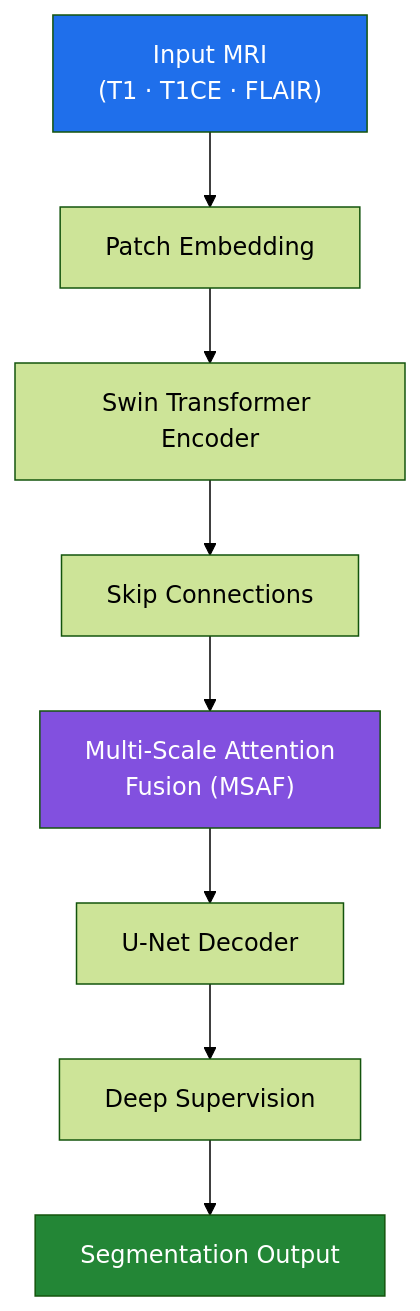
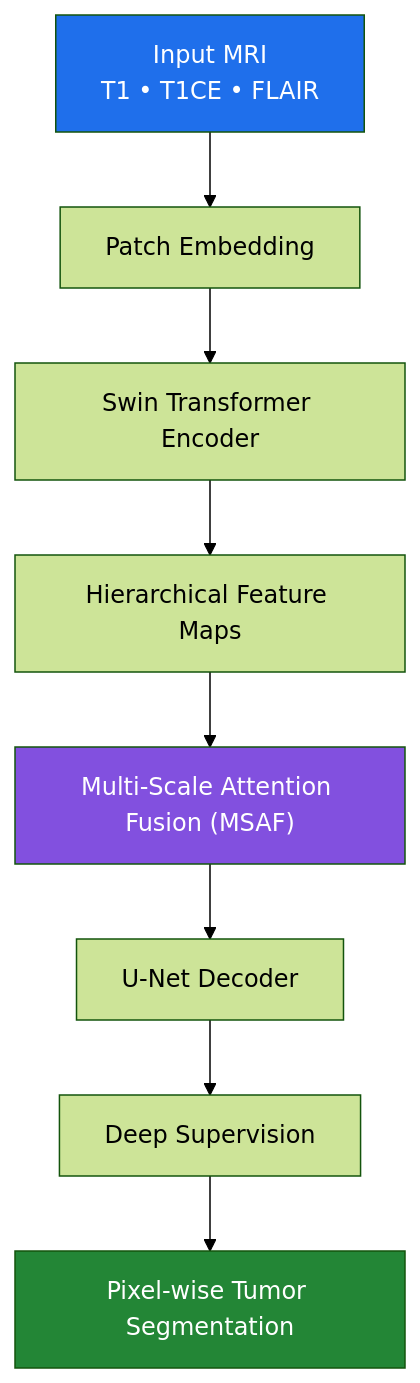
One commit to manas-08/brainTumorSegmentation_Using_Transformers_And_XAITechniques changed the diagram in README.md. Above: the diagram before and after it, drawn with Mermaid (forest theme). The commit also changed other lines of this file, not shown here.

````diff
--- a/README.md
+++ b/README.md
@@ -72,14 +105,23 @@
 ```mermaid
 flowchart TD
-    A["Input MRI\n(T1 · T1CE · FLAIR)"] --> B[Patch Embedding]
-    B --> C[Swin Transformer Encoder]
-    C --> D[Skip Connections]
-    D --> E["Multi-Scale Attention\nFusion (MSAF)"]
-    E --> F[U-Net Decoder]
-    F --> G[Deep Supervision]
-    G --> H[Segmentation Output]
 
-    style A fill:#1f6feb,color:#fff
-    style H fill:#238636,color:#fff
-    style E fill:#8250df,color:#fff
+A["Input MRI<br/>T1 • T1CE • FLAIR"]
+
+A --> B["Patch Embedding"]
+
+B --> C["Swin Transformer Encoder"]
+
+C --> D["Hierarchical Feature Maps"]
+
+D --> E["Multi-Scale Attention Fusion (MSAF)"]
+
+E --> F["U-Net Decoder"]
+
+F --> G["Deep Supervision"]
+
+G --> H["Pixel-wise Tumor Segmentation"]
+
+style A fill:#1f6feb,color:#fff
+style H fill:#238636,color:#fff
+style E fill:#8250df,color:#fff
 ```
````
